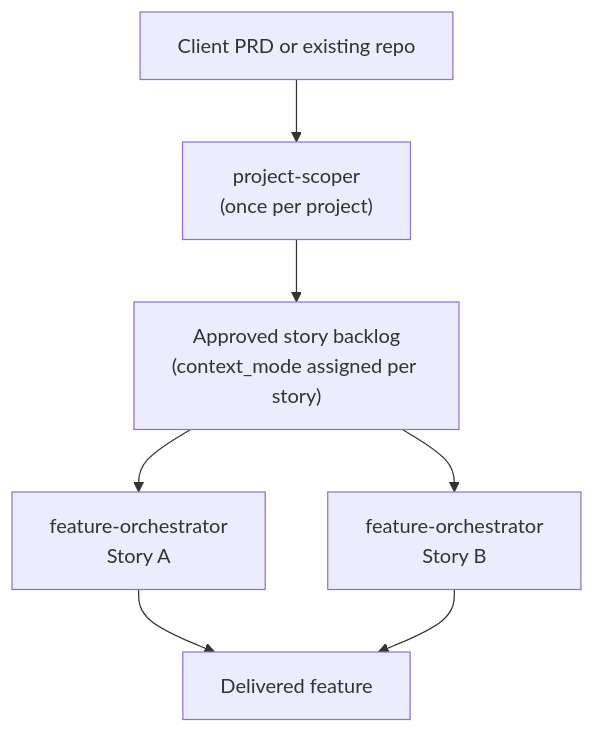
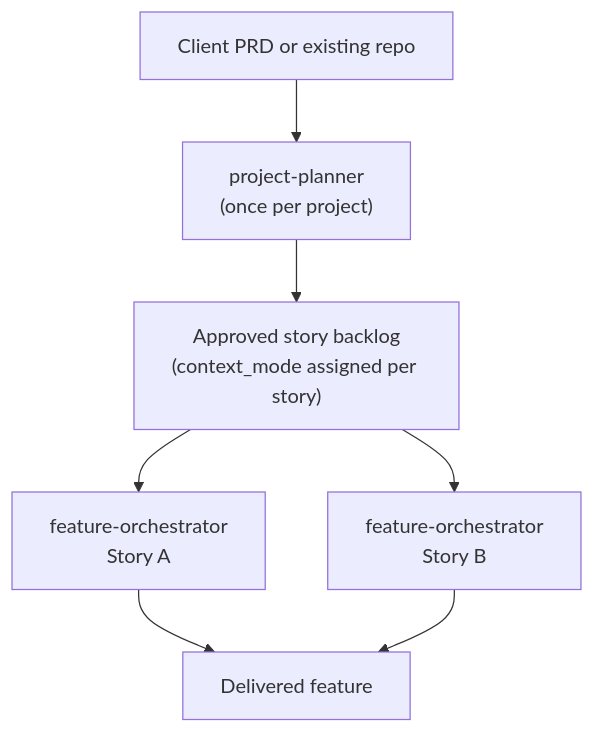
One commit to DSPerera95/agentic-sdlc-core changed the first of 4 diagrams in HOW-IT-WORKS.md. Above: the diagram before and after it, drawn with Mermaid. The commit also changed other lines of this file and 19 other files, not shown here.

First line of the commit message:
refactor!: apply project-scoper/implementation-planner rename content

````diff
--- a/HOW-IT-WORKS.md
+++ b/HOW-IT-WORKS.md
@@ -16,9 +16,9 @@
 ```mermaid
 flowchart TD
-    PRD["Client PRD or existing repo"] --> PS["project-scoper<br/>(once per project)"]
+    PRD["Client PRD or existing repo"] --> PS["project-planner<br/>(once per project)"]
     PS --> BL["Approved story backlog<br/>(context_mode assigned per story)"]
     BL --> FA["feature-orchestrator<br/>Story A"]
     BL --> FB["feature-orchestrator<br/>Story B"]
     FA --> DONE["Delivered feature"]
     FB --> DONE
 ```
````
